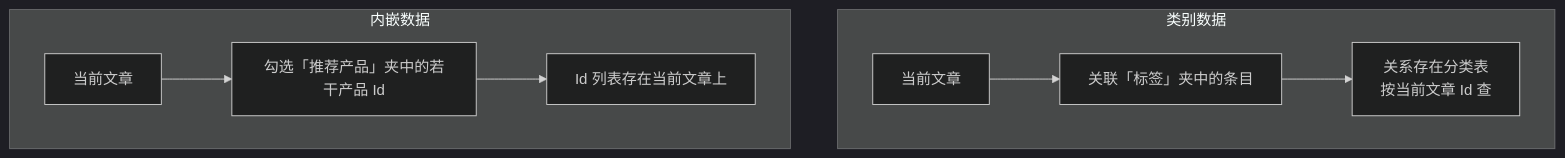
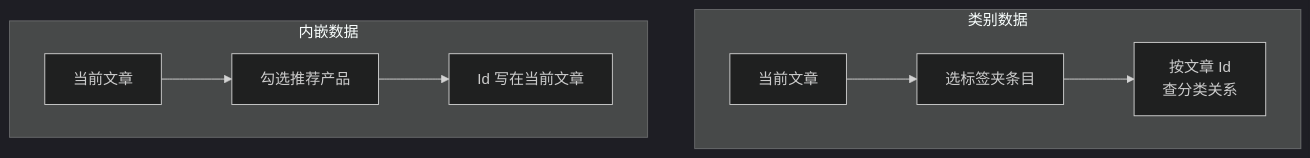
Before and after one commit to achen-11/kb-docs: the diagram in docs/cms/content/contents-folder-settings.md, drawn with Mermaid (dark theme). The commit also changed other lines of this file and 10 other files, not shown here.

````diff
--- a/docs/cms/content/contents-folder-settings.md
+++ b/docs/cms/content/contents-folder-settings.md
@@ -56,11 +54,11 @@
 ```mermaid
 flowchart TB
   subgraph cat [类别数据]
-    A[当前文章] --> B[关联「标签」夹中的条目]
-    B --> C[关系存在分类表<br/>按当前文章 Id 查]
+    A[当前文章] --> B[选标签夹条目]
+    B --> C[按文章 Id\n查分类关系]
   end
   subgraph emb [内嵌数据]
-    D[当前文章] --> E[勾选「推荐产品」夹中的若干产品 Id]
-    E --> F[Id 列表存在当前文章上]
+    D[当前文章] --> E[勾选推荐产品]
+    E --> F[Id 写在当前文章]
   end
 ```
````
